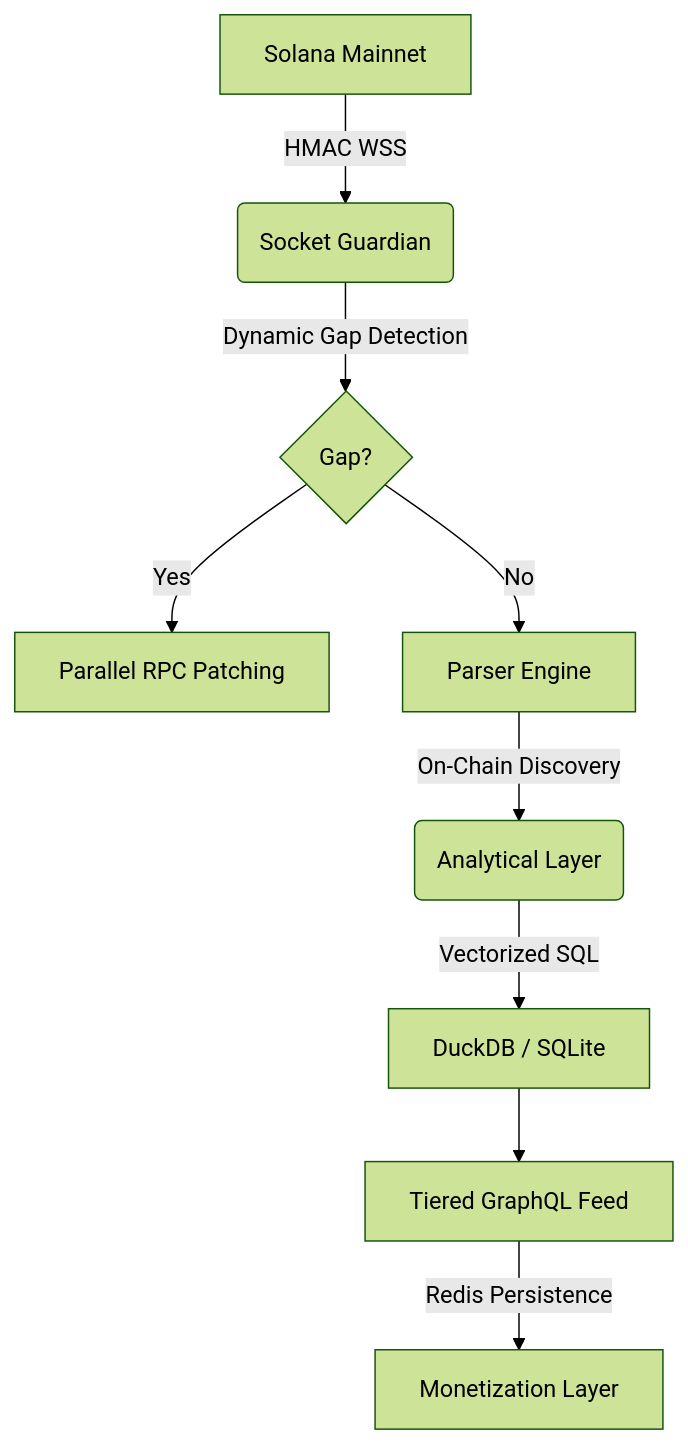
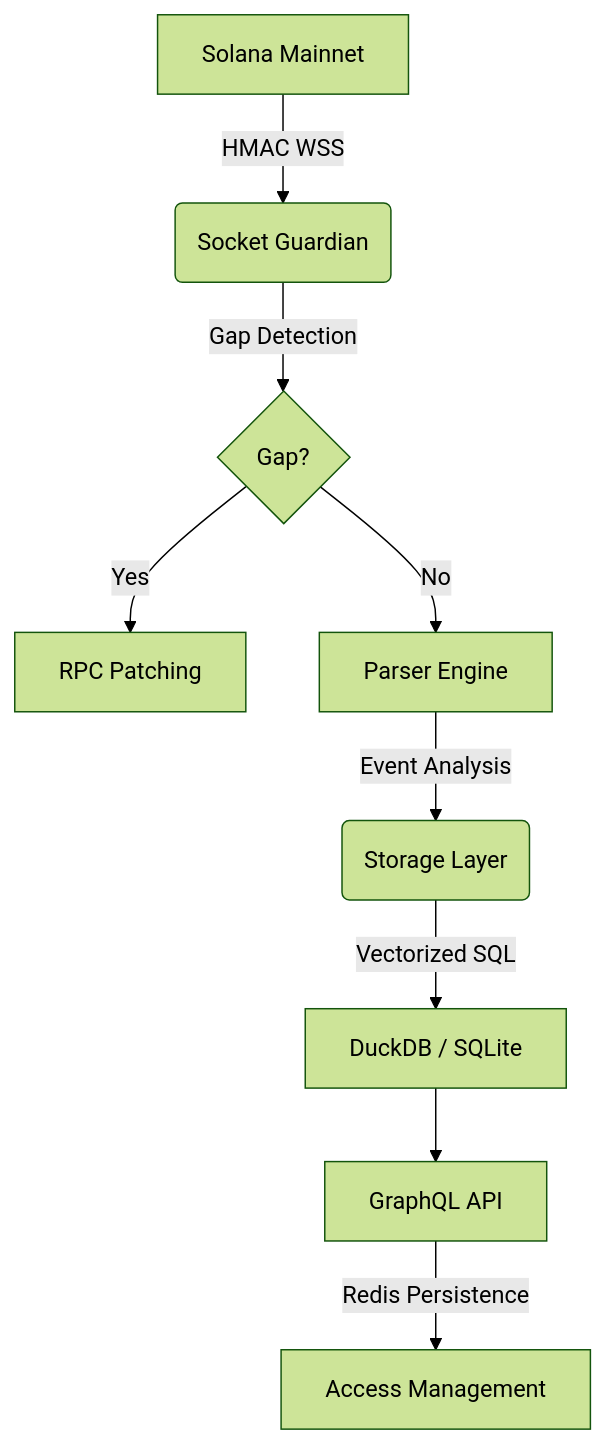
One commit to RYthaGOD/Aether-Index changed the diagram in README.md. Above: the diagram before and after it, drawn with Mermaid (forest theme). The commit also changed other lines of this file, not shown here.

````diff
--- a/README.md
+++ b/README.md
@@ -39,11 +28,11 @@
 ```mermaid
 graph TD
     A[Solana Mainnet] -- HMAC WSS --> B(Socket Guardian)
-    B -- Dynamic Gap Detection --> C{Gap?}
-    C -- Yes --> D[Parallel RPC Patching]
+    B -- Gap Detection --> C{Gap?}
+    C -- Yes --> D[RPC Patching]
     C -- No --> E[Parser Engine]
-    E -- On-Chain Discovery --> F(Analytical Layer)
+    E -- Event Analysis --> F(Storage Layer)
     F -- Vectorized SQL --> G[DuckDB / SQLite]
-    G --> H[Tiered GraphQL Feed]
-    H -- Redis Persistence --> I[Monetization Layer]
+    G --> H[GraphQL API]
+    H -- Redis Persistence --> I[Access Management]
 ```
````
